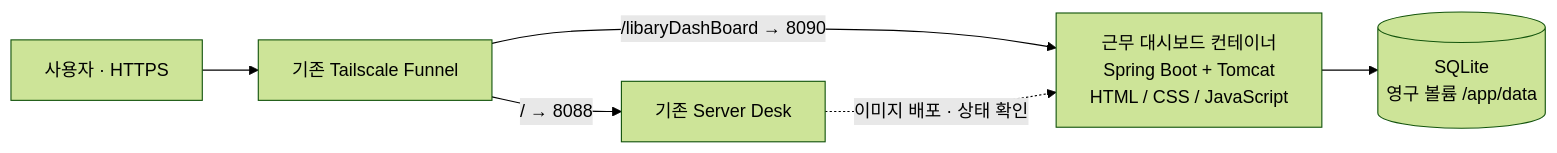
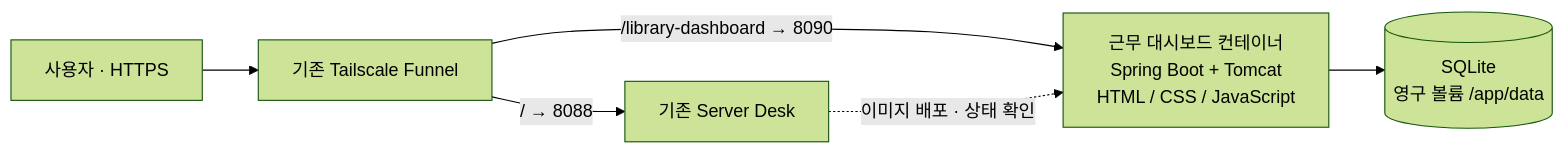
The diagram in ARCHITECTURE.md (eatyummydance200/library-dashboard), drawn with Mermaid (forest theme) before and after one commit. The commit also changed other lines of this file and 20 other files, not shown here.

````diff
--- a/ARCHITECTURE.md
+++ b/ARCHITECTURE.md
@@ -9,8 +9,8 @@
 ```mermaid
 flowchart LR
   Browser["사용자 · HTTPS"] --> Funnel["기존 Tailscale Funnel"]
   Funnel -->|"/ → 8088"| Desk["기존 Server Desk"]
-  Funnel -->|"/libaryDashBoard → 8090"| App["근무 대시보드 컨테이너\nSpring Boot + Tomcat\nHTML / CSS / JavaScript"]
+  Funnel -->|"/library-dashboard → 8090"| App["근무 대시보드 컨테이너\nSpring Boot + Tomcat\nHTML / CSS / JavaScript"]
   App --> DB[("SQLite\n영구 볼륨 /app/data")]
   Desk -. "이미지 배포 · 상태 확인" .-> App
 ```
````
